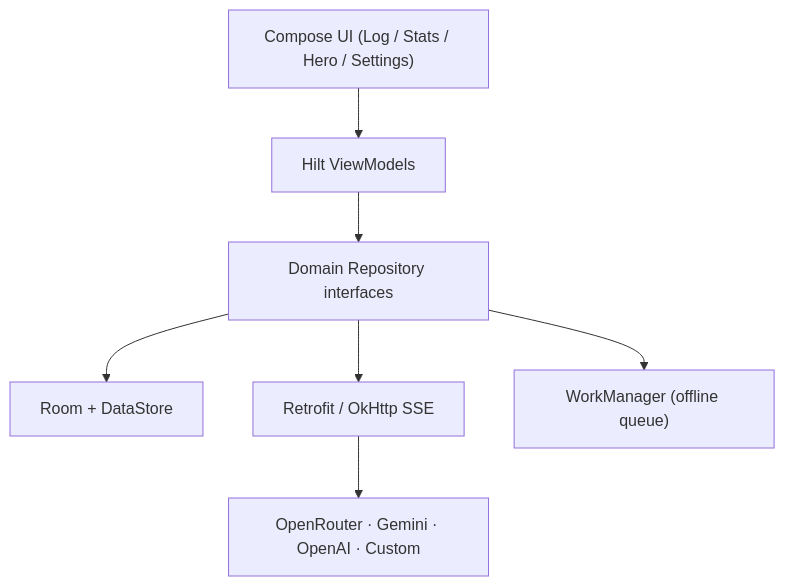
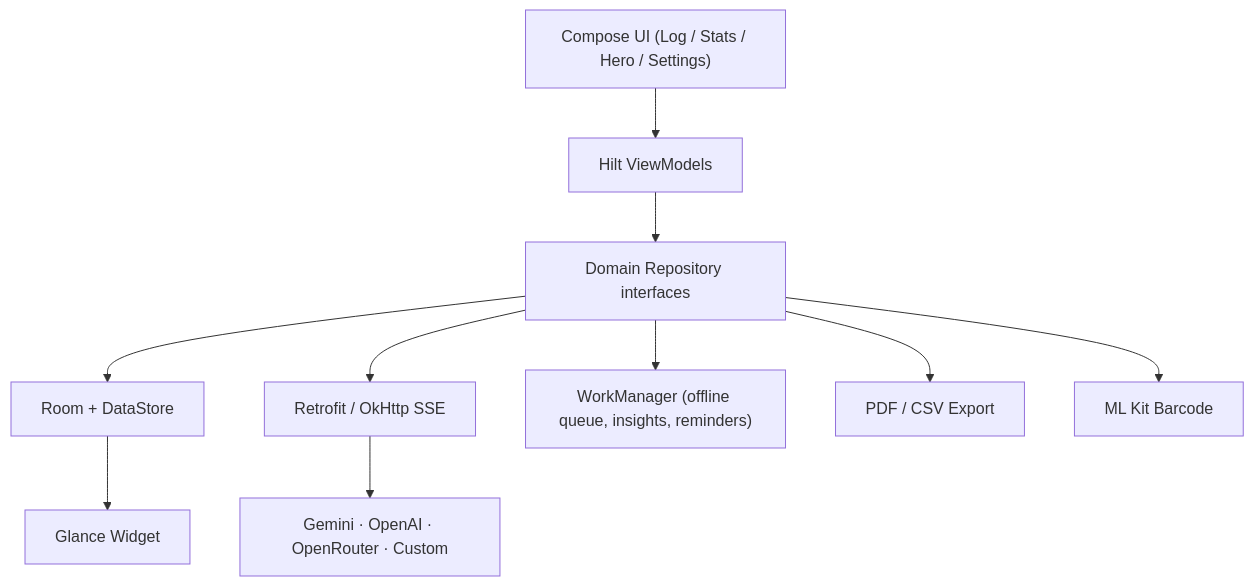
Before and after one commit to omb-9/glucosehero: the diagram in README.md, drawn with Mermaid. The commit also changed other lines of this file and 3106 other files, not shown here.

````diff
--- a/README.md
+++ b/README.md
@@ -79,15 +114,21 @@
 ```mermaid
 flowchart TD
     UI["Compose UI (Log / Stats / Hero / Settings)"]
     VM["Hilt ViewModels"]
     REPO["Domain Repository interfaces"]
     DATA["Room + DataStore"]
     NET["Retrofit / OkHttp SSE"]
-    AI["OpenRouter · Gemini · OpenAI · Custom"]
-    WORK["WorkManager (offline queue)"]
+    AI["Gemini · OpenAI · OpenRouter · Custom"]
+    WORK["WorkManager (offline queue, insights, reminders)"]
+    GLANCE["Glance Widget"]
+    EXPORT["PDF / CSV Export"]
+    VISION["ML Kit Barcode"]
 
     UI --> VM --> REPO
     REPO --> DATA
     REPO --> NET --> AI
     REPO --> WORK
+    REPO --> EXPORT
+    REPO --> VISION
+    DATA --> GLANCE
 ```
````
